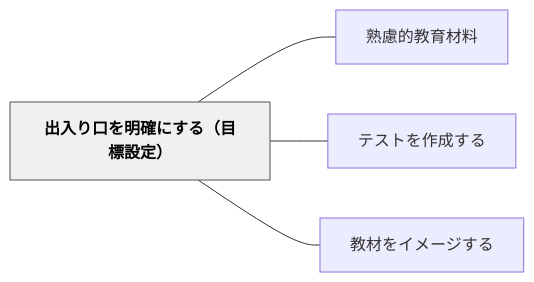
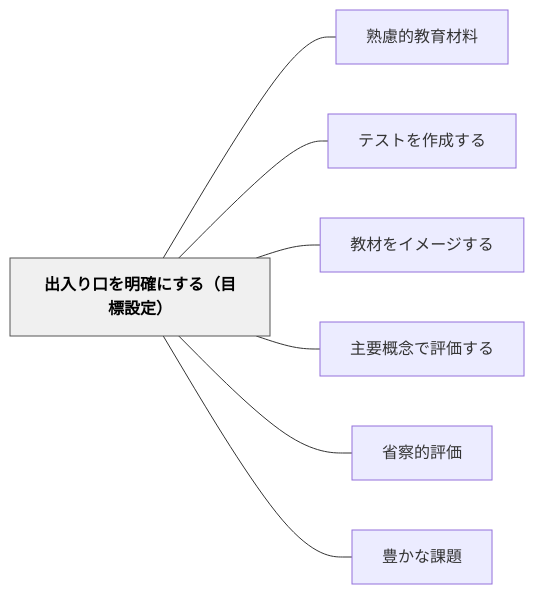
Before and after one commit to unknownthings-ed-patterns/unknownthings-ed-patterns: the diagram in content/パタン/出入り口を明確にする（目標設定）.md, drawn with Mermaid. The commit also changed other lines of this file and 36 other files, not shown here.

````diff
--- a/content/パタン/出入り口を明確にする（目標設定）.md
+++ b/content/パタン/出入り口を明確にする（目標設定）.md
@@ -44,14 +48,20 @@
 ```mermaid
 flowchart LR
     ne587bae585a5e3828ae58fa3e38292e6988ee7a2bae381abe38199e3828befbc88e79baee6a899e8a8ade5ae9aefbc89["出入り口を明確にする（目標設定）"]
     ne7869fe685aee79a84e69599e882b2e69d90e69699["熟慮的教育材料"]
     ne38386e382b9e38388e38292e4bd9ce68890e38199e3828b["テストを作成する"]
     ne69599e69d90e38292e382a4e383a1e383bce382b8e38199e3828b["教材をイメージする"]
+    ne4b8bbe8a681e6a682e5bfb5e381a7e8a995e4bea1e38199e3828b["主要概念で評価する"]
+    ne79c81e5af9fe79a84e8a995e4bea1["省察的評価"]
+    ne8b18ae3818be381aae8aab2e9a18c["豊かな課題"]
 
     ne587bae585a5e3828ae58fa3e38292e6988ee7a2bae381abe38199e3828befbc88e79baee6a899e8a8ade5ae9aefbc89 --- ne7869fe685aee79a84e69599e882b2e69d90e69699
     ne587bae585a5e3828ae58fa3e38292e6988ee7a2bae381abe38199e3828befbc88e79baee6a899e8a8ade5ae9aefbc89 --- ne38386e382b9e38388e38292e4bd9ce68890e38199e3828b
     ne587bae585a5e3828ae58fa3e38292e6988ee7a2bae381abe38199e3828befbc88e79baee6a899e8a8ade5ae9aefbc89 --- ne69599e69d90e38292e382a4e383a1e383bce382b8e38199e3828b
+    ne587bae585a5e3828ae58fa3e38292e6988ee7a2bae381abe38199e3828befbc88e79baee6a899e8a8ade5ae9aefbc89 --- ne4b8bbe8a681e6a682e5bfb5e381a7e8a995e4bea1e38199e3828b
+    ne587bae585a5e3828ae58fa3e38292e6988ee7a2bae381abe38199e3828befbc88e79baee6a899e8a8ade5ae9aefbc89 --- ne79c81e5af9fe79a84e8a995e4bea1
+    ne587bae585a5e3828ae58fa3e38292e6988ee7a2bae381abe38199e3828befbc88e79baee6a899e8a8ade5ae9aefbc89 --- ne8b18ae3818be381aae8aab2e9a18c
 
     classDef hub fill:#f0f0f0,stroke:#555,color:#000,font-weight:bold
     class ne587bae585a5e3828ae58fa3e38292e6988ee7a2bae381abe38199e3828befbc88e79baee6a899e8a8ade5ae9aefbc89 hub
 ```
````
